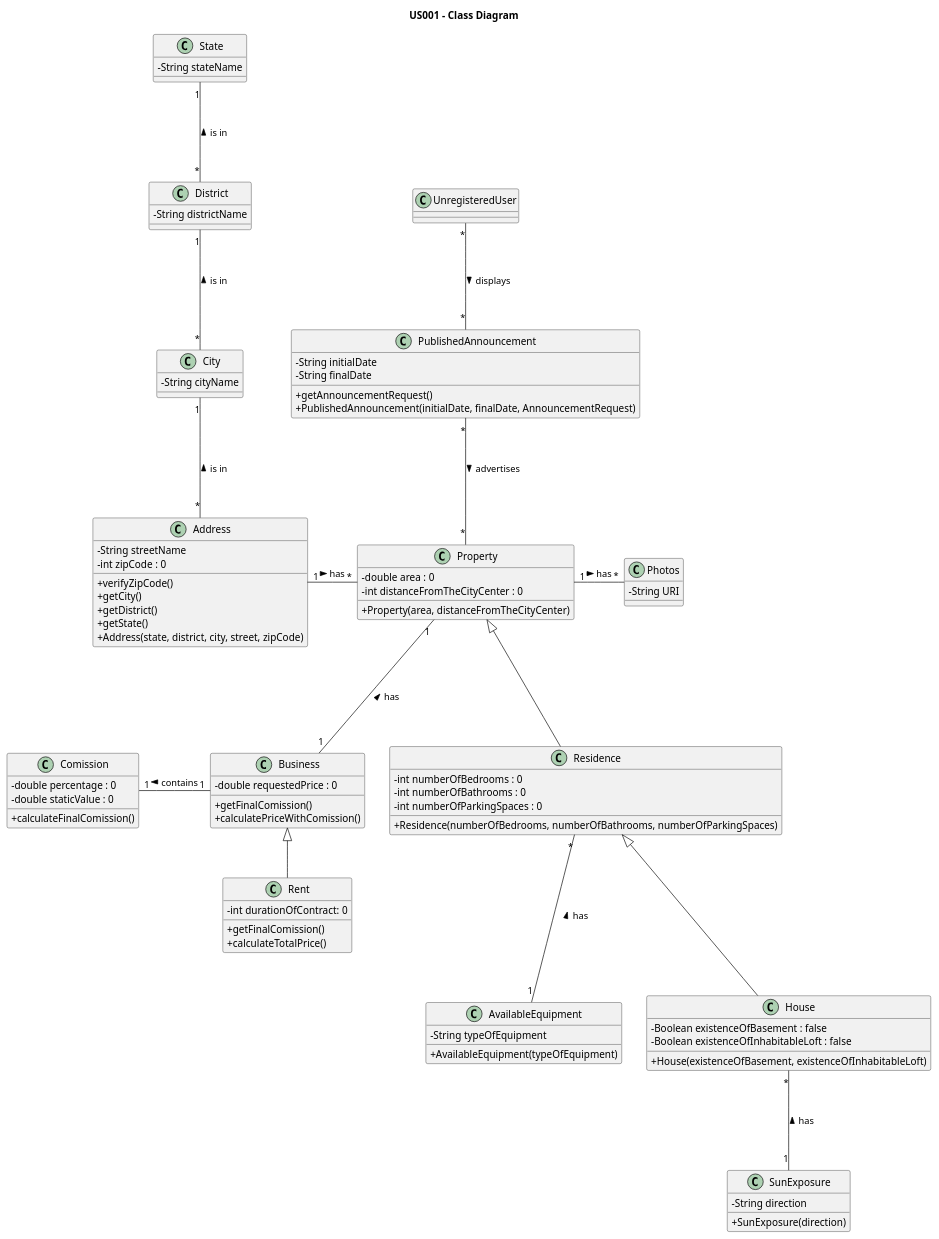
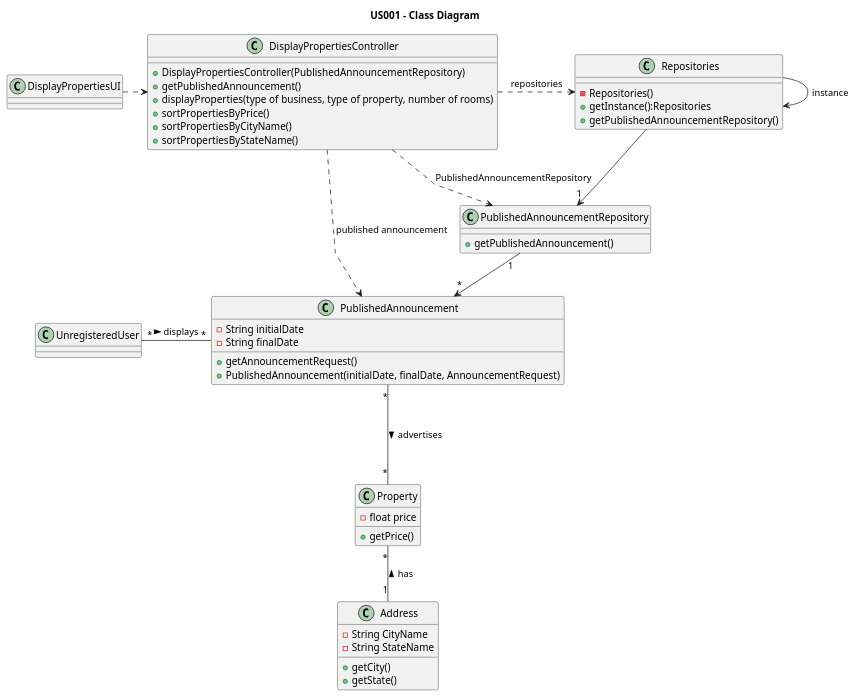
Before and after one commit to PureNimble/ISEP-LAPR2: the diagram in docs/sprintB/US01/03.design/puml/us01-class-diagram.puml, drawn with PlantUML. The commit also changed 4 other files, not shown here.

```diff
--- a/docs/sprintB/US01/03.design/puml/us01-class-diagram.puml
+++ b/docs/sprintB/US01/03.design/puml/us01-class-diagram.puml
@@ -1,142 +1,191 @@
 @startuml
 
 title US001 - Class Diagram
 
 
 skinparam packageStyle rectangle
 skinparam shadowing false
 skinparam linetype polyline
-skinparam classAttributeIconSize 0
 
 'skinparam linetype orto
 'skinparam monochrome true
 'left to right direction
 
 
+
+
 class Address {
-    - String streetName
-    - int zipCode : 0
+    '- String streetName
+    '- int zipCode : 0
+     - String CityName
+     - String StateName
 
-    +verifyZipCode()
+    '+verifyZipCode()
     +getCity()
-    +getDistrict()
+    '+getDistrict()
     +getState()
-    +Address(state, district, city, street, zipCode)
+    '+Address(state, district, city, street, zipCode)
 }
 
-class AvailableEquipment {
+/'class AvailableEquipment {
     - String typeOfEquipment
 
     +AvailableEquipment(typeOfEquipment)
 }
+'/
 
 
-class Business {
+/'class Business {
     - double requestedPrice : 0
 
     +getFinalComission()
     +calculatePriceWithComission()
 }
+'/
 
 
-class City {
+/'class City {
     - String cityName
 }
+'/
 
-class Comission {
+/'class Comission {
     - double percentage : 0
     - double staticValue : 0
 
     + calculateFinalComission()
 }
+'/
 
 
-class District {
+class DisplayPropertiesController {
+    + DisplayPropertiesController(PublishedAnnouncementRepository)
+    + getPublishedAnnouncement()
+    + displayProperties(type of business, type of property, number of rooms)
+    + sortPropertiesByPrice()
+    + sortPropertiesByCityName()
+    + sortPropertiesByStateName()
+}
+
+class DisplayPropertiesUI {
+
+}
+
+/'class District {
     - String districtName
 }
+'/
 
 
-class House {
+/'class House {
     - Boolean existenceOfBasement : false
     - Boolean existenceOfInhabitableLoft : false
 
     +House(existenceOfBasement, existenceOfInhabitableLoft)
 }
+'/
 
 
+/'
 class Photos {
     - String URI
 }
+'/
 
 class Property {
-    - double area : 0
-    - int distanceFromTheCityCenter : 0
+    '- double area : 0
+    '- int distanceFromTheCityCenter : 0
+     - float price
 
-    +Property(area, distanceFromTheCityCenter)
+    '+ Property(area, distanceFromTheCityCenter)
+     +getPrice()
 }
 
 class PublishedAnnouncement {
     - String initialDate
     - String finalDate
 
-    +getAnnouncementRequest()
-    +PublishedAnnouncement(initialDate, finalDate, AnnouncementRequest)
+    + getAnnouncementRequest()
+    + PublishedAnnouncement(initialDate, finalDate, AnnouncementRequest)
+}
+
+class PublishedAnnouncementRepository {
+    + getPublishedAnnouncement()
+
 }
 
 
-class Rent {
+/'class Rent {
     - int durationOfContract: 0
 
-    +getFinalComission()
-    +calculateTotalPrice()
+    + getFinalComission()
+    + calculateTotalPrice()
+}
+'/
+
+
+class Repositories {
+    - Repositories()
+    + getInstance():Repositories
+    + getPublishedAnnouncementRepository()
 }
 
-
-class Residence {
+/'class Residence {
     - int numberOfBedrooms : 0
     - int numberOfBathrooms : 0
     - int numberOfParkingSpaces : 0
 
-    +Residence(numberOfBedrooms, numberOfBathrooms, numberOfParkingSpaces)
+    + Residence(numberOfBedrooms, numberOfBathrooms, numberOfParkingSpaces)
+}
+'/
+
+
+/' class State {
+    - String stateName
+}
+'/
+
+/'class SunExposure {
+    - String direction
+
+    + SunExposure(direction)
+}
+'/
+
+
+class UnregisteredUser {
+
 }
 
 
-class State {
-    - String stateName
-}
+'Business <|-- Rent
 
-class SunExposure {
-    - String direction
+'City "1" --- "*" Address : is in <
+'Comission "1" -right- "1" Business : contains <
 
-    +SunExposure(direction)
-}
+DisplayPropertiesController .> Repositories : repositories
+DisplayPropertiesController .> PublishedAnnouncementRepository : PublishedAnnouncementRepository
+DisplayPropertiesController .> PublishedAnnouncement : published announcement
+DisplayPropertiesUI .> DisplayPropertiesController
+'District "1" --- "*" City : is in <
 
+'House "*" --- "1" SunExposure : has <
 
-class UnregisteredUser {
-}
+'Property <|--- Residence
+Property "*" -- "1" Address : has <
+'Property "1" --- "1" Business : has <
+'Property "1" -right- "*" Photos : has >
+PublishedAnnouncement "*" --- "*" Property: advertises >
+PublishedAnnouncementRepository "1" --> "*" PublishedAnnouncement
 
+Repositories --> "1" PublishedAnnouncementRepository
+Repositories -> Repositories : instance
+'Residence "*" --- "1" AvailableEquipment : has <
+'Residence <|--- House
 
+'State "1" --- "*" District : is in <
+'State "1" --- "*" City : is in <
 
-Business <|-- Rent
-
-City "1" --- "*" Address : is in <
-Comission "1" -right- "1" Business : contains <
-
-District "1" --- "*" City : is in <
-
-House "*" --- "1" SunExposure : has <
-
-Property <|--- Residence
-Property "*" -left- "1" Address : has <
-Property "1" --- "1" Business : has <
-Property "1" -right- "*" Photos : has >
-PublishedAnnouncement "*" --- "*" Property: advertises >
-
-Residence "*" --- "1" AvailableEquipment : has <
-Residence <|--- House
-
-State "1" --- "*" District : is in <
-
-UnregisteredUser "*" --- "*" PublishedAnnouncement: displays >
+UnregisteredUser "*" -right- "*" PublishedAnnouncement: displays >
 
 @enduml
```
